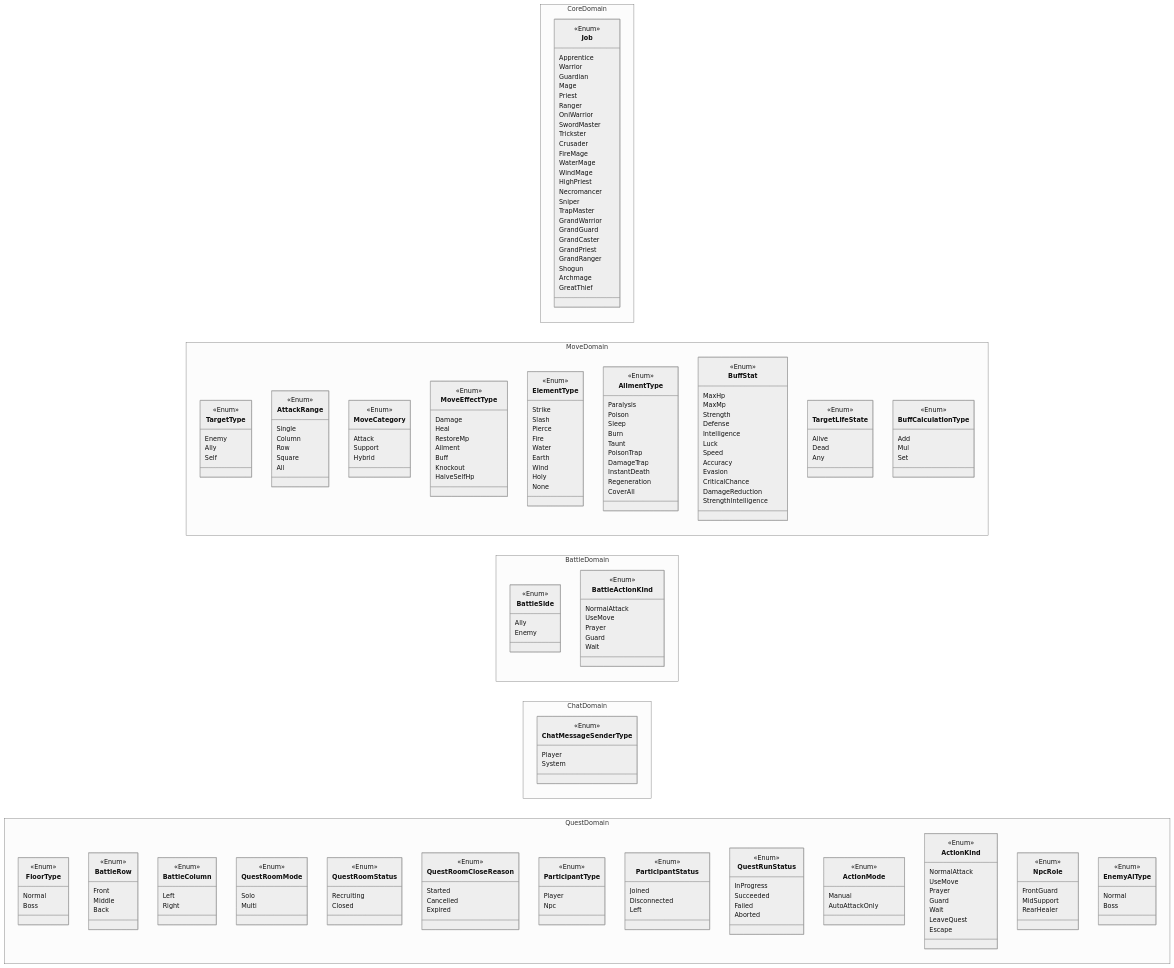
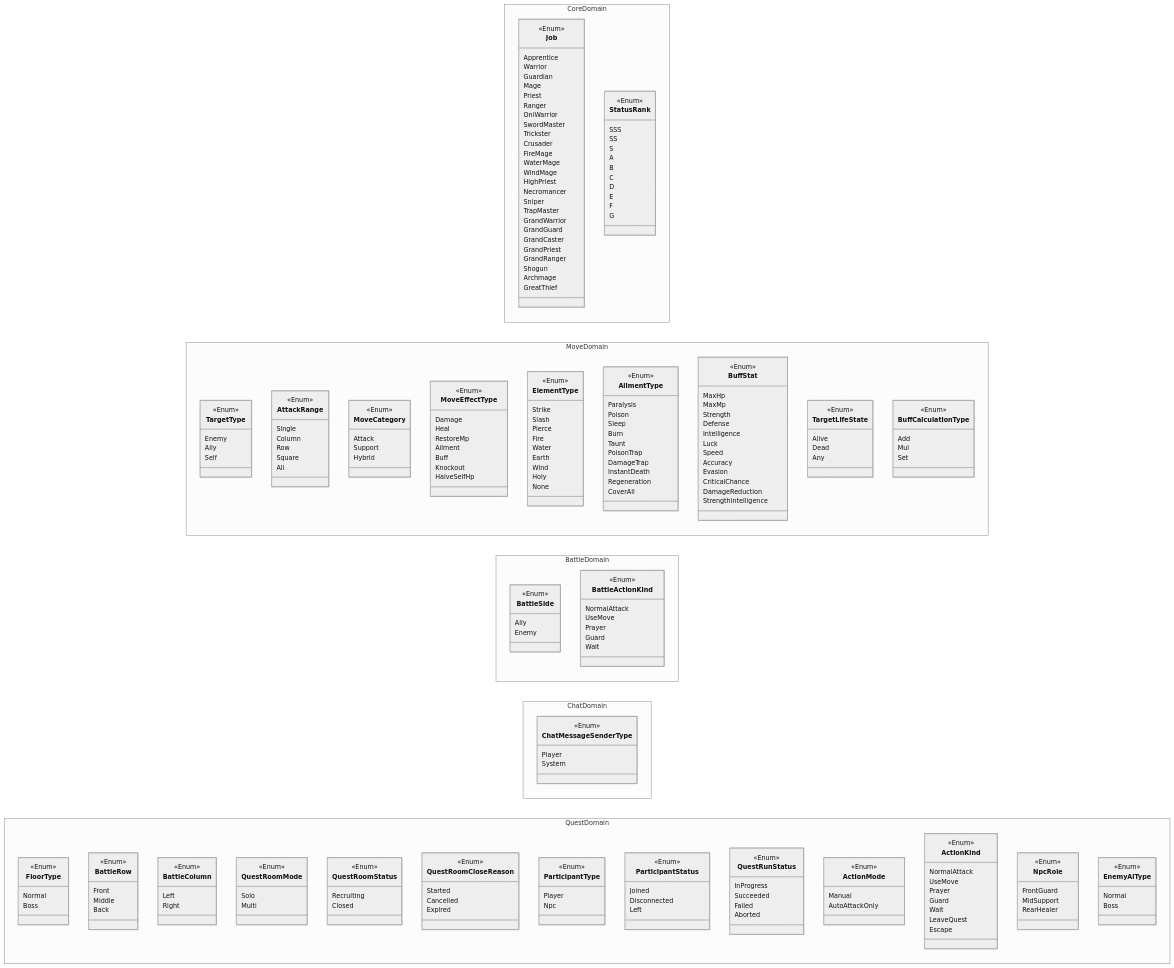
The diagram in docs/MMD21_Enum.mmd (ayumu203/nisekue), drawn with Mermaid (neutral theme) before and after one commit. The commit also changed 4 other files, not shown here.

```diff
--- a/docs/MMD21_Enum.mmd
+++ b/docs/MMD21_Enum.mmd
@@ -28,6 +28,20 @@
             Shogun
             Archmage
             GreatThief
+        }
+
+        class StatusRank {
+            <<Enum>>
+            SSS
+            SS
+            S
+            A
+            B
+            C
+            D
+            E
+            F
+            G
         }
     }
 
```
